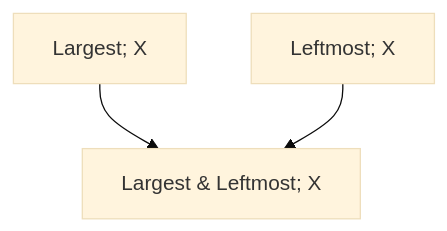
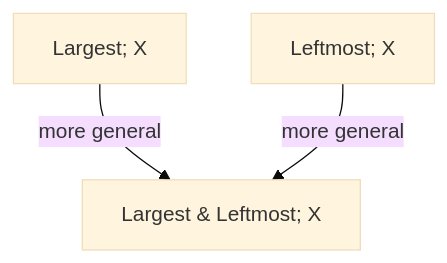
The second of 14 diagrams in miniARC/generalization_as_inductive_structure.md (cristianoc/arc-challenge), drawn with Mermaid (base theme) before and after one commit. The commit also changed other lines of this file, not shown here.

````diff
--- a/miniARC/generalization_as_inductive_structure.md
+++ b/miniARC/generalization_as_inductive_structure.md
@@ -40,8 +50,8 @@
 ```mermaid
 flowchart TB
     L["Largest; X"]
     R["Leftmost; X"]
     B["Largest & Leftmost; X"]
-    L --> B
-    R --> B
+    L -->|"more general"| B
+    R -->|"more general"| B
 ```
````
